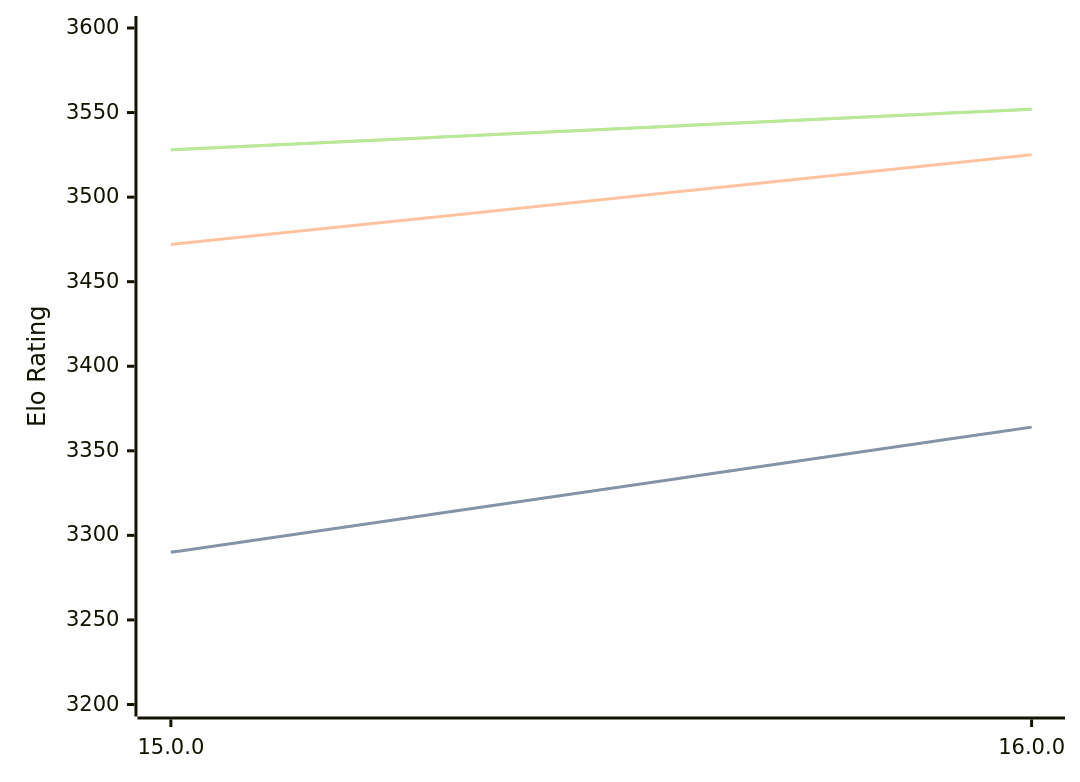
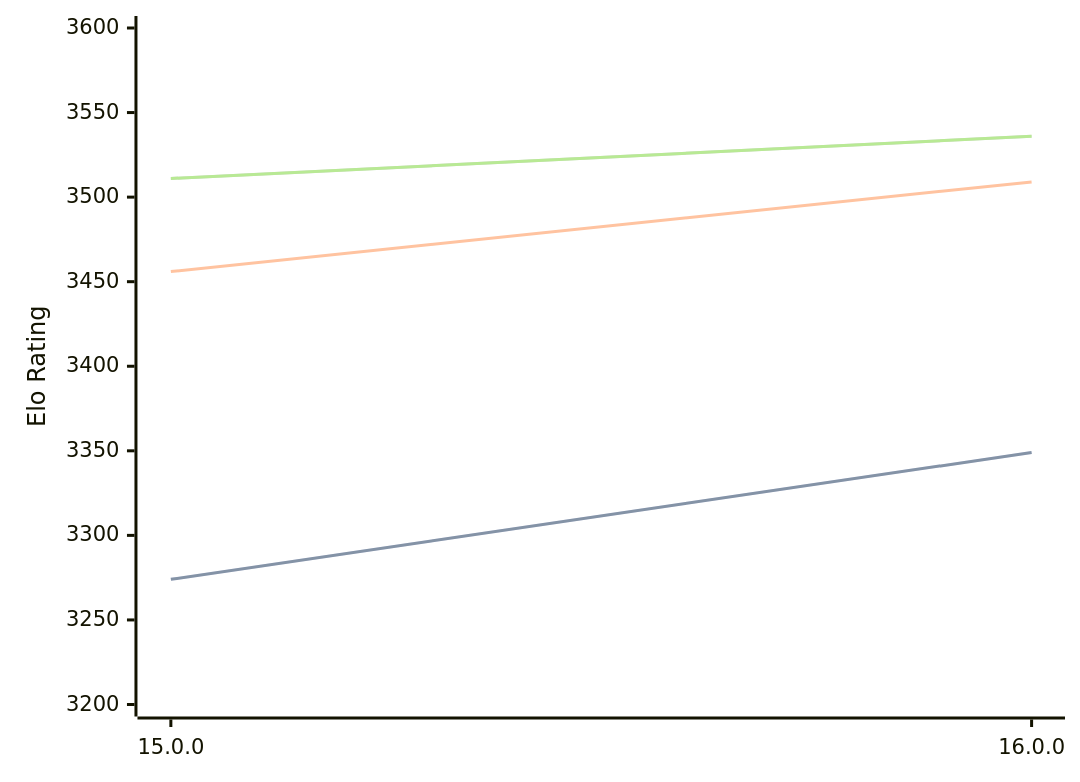
Before and after one commit to computer-chess-index/cci: the diagram in engines/Halogen.md, drawn with Mermaid. The commit also changed other lines of this file, not shown here.

Commit message:
Update CCI Ratings (ELO VLTC) - 2026-05-20

````diff
--- a/engines/Halogen.md
+++ b/engines/Halogen.md
@@ -50,11 +50,11 @@
 ```mermaid
 %%{init: {"theme":"base","themeVariables":{"seriesColors:['#a3a3a3','#222221','#faa371']}}}%%
 xychart-beta
   x-axis ["15.0.0", "16.0.0"]
   y-axis "Elo Rating" 3200 --> 3600
-  line "STC (8.0+0.08s)" [3290, 3364]
-  line "STC (8.0+0.08s)" [3290, 3364]
-  line "LTC (60.0+0.60s)" [3472, 3525]
-  line "VLTC (2m24s+1.12s)" [3528, 3552]
-  line "VLTC (2m24s+1.12s)" [3528, 3552]
+  line "STC (8.0+0.08s)" [3274, 3349]
+  line "STC (8.0+0.08s)" [3274, 3349]
+  line "LTC (60.0+0.60s)" [3456, 3509]
+  line "VLTC (2m24s+1.12s)" [3511, 3536]
+  line "VLTC (2m24s+1.12s)" [3511, 3536]
 ```
````
